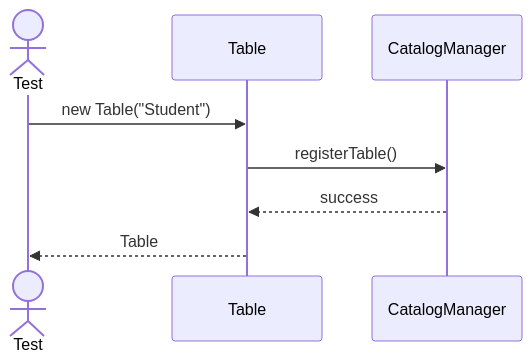
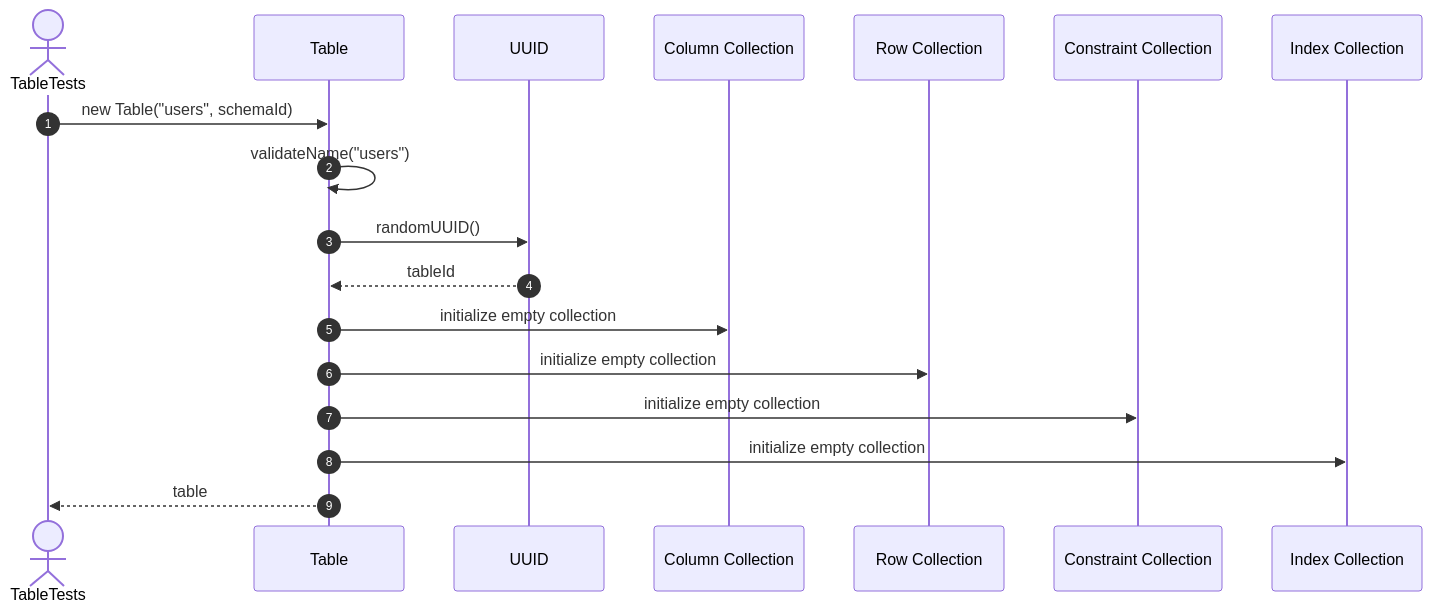
Before and after one commit to FhuAnn/-bbv-AN-s-DBMS: the first of 20 diagrams in src/tests/unit/metadata/sequences/tables-testing.se.md, drawn with Mermaid. The commit also changed other lines of this file and 60 other files, not shown here.

Commit message:
refactor data table, row, column, constraint, index test file

````diff
--- a/src/tests/unit/metadata/sequences/tables-testing.se.md
+++ b/src/tests/unit/metadata/sequences/tables-testing.se.md
@@ -7,14 +5,21 @@
 ```mermaid
 sequenceDiagram
-actor Test
-participant Table
-participant CatalogManager
+    autonumber
+    actor Test as TableTests
+    participant Table as Table
+    participant UUID as UUID
+    participant Columns as Column Collection
+    participant Rows as Row Collection
+    participant Constraints as Constraint Collection
+    participant Indexes as Index Collection
 
-Test->>Table: new Table("Student")
-
-Table->>CatalogManager: registerTable()
-
-CatalogManager-->>Table: success
-
-Table-->>Test: Table
+    Test->>Table: new Table("users", schemaId)
+    Table->>Table: validateName("users")
+    Table->>UUID: randomUUID()
+    UUID-->>Table: tableId
+    Table->>Columns: initialize empty collection
+    Table->>Rows: initialize empty collection
+    Table->>Constraints: initialize empty collection
+    Table->>Indexes: initialize empty collection
+    Table-->>Test: table
 ```
````
